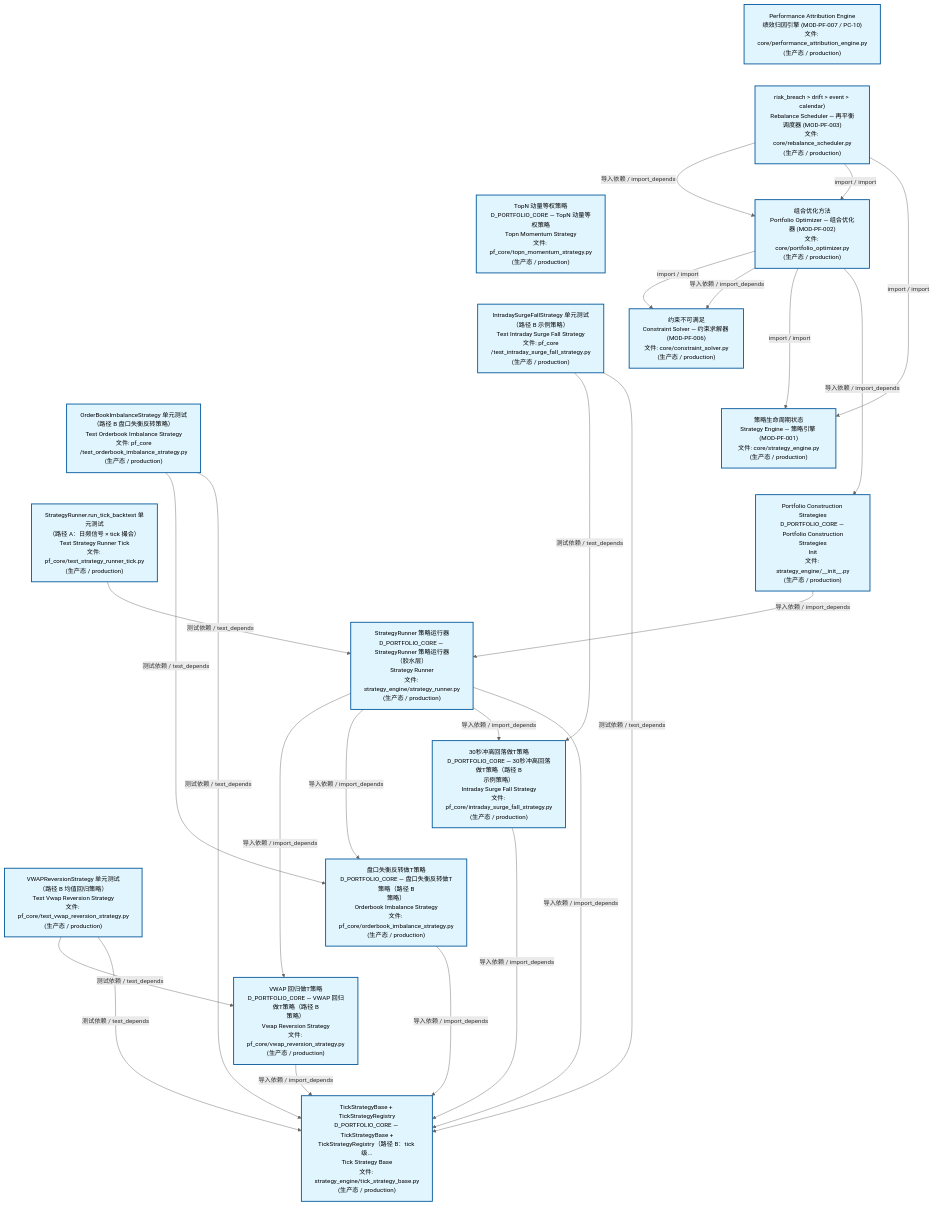
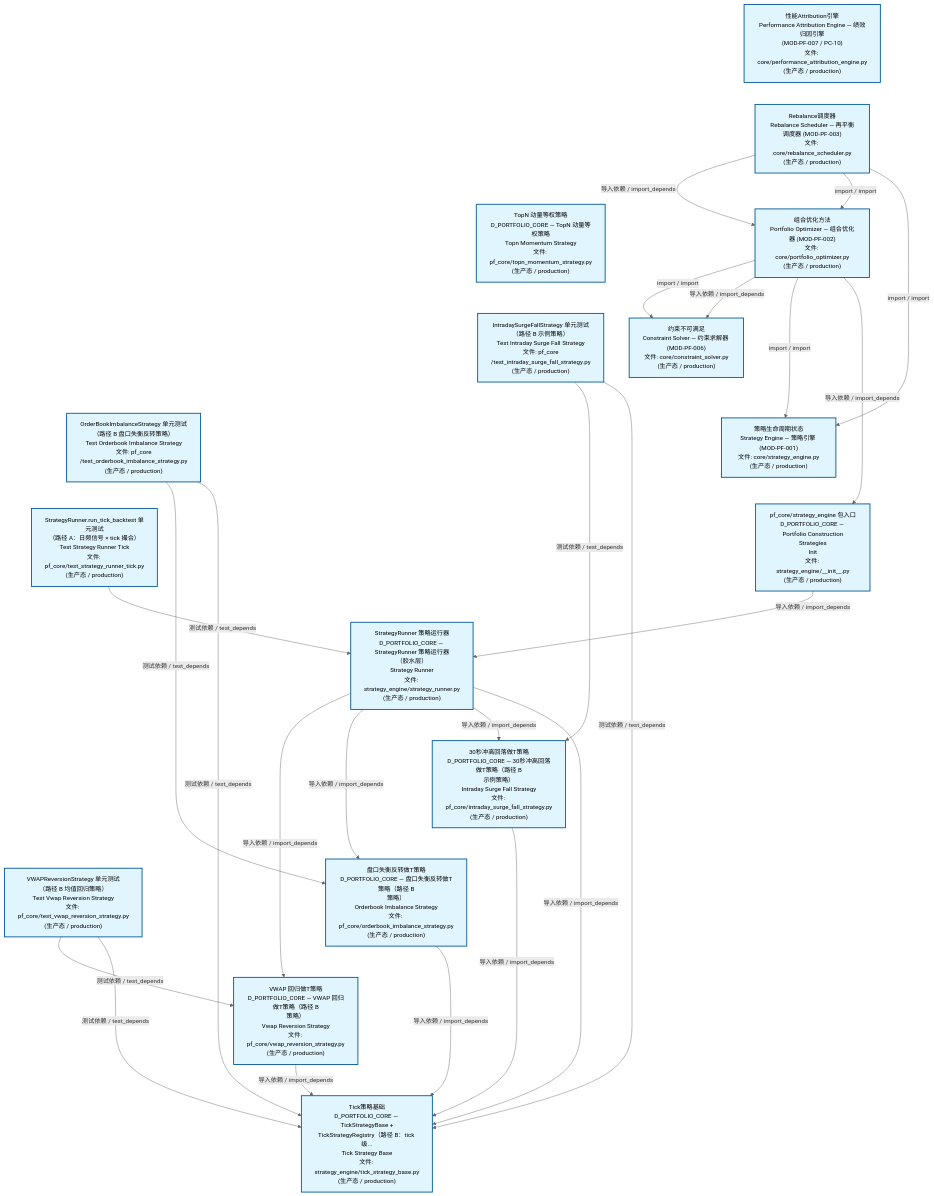
Before and after one commit to xuanFelixVan/ZephyrAlpha: the second of 3 diagrams in docs/02_enterprise_architecture/02_domain_architecture_docs/63_d_pf_core.md, drawn with Mermaid. The commit also changed other lines of this file and 52 other files, not shown here.

````diff
--- a/docs/02_enterprise_architecture/02_domain_architecture_docs/63_d_pf_core.md
+++ b/docs/02_enterprise_architecture/02_domain_architecture_docs/63_d_pf_core.md
@@ -140,57 +140,57 @@
 ```mermaid
 %%{init: {'theme': 'base', 'themeVariables': {'primaryColor': '#eaeaea', 'primaryTextColor': '#333333', 'primaryBorderColor': '#666666', 'lineColor': '#666666', 'secondaryColor': '#eaeaea', 'tertiaryColor': '#eaeaea', 'fontSize': '14px'}}}%%
 flowchart TD
-    src_zephyr_pf_core_core_performance_attribution_engine_py["Performance Attribution Engine<br/>绩效归因引擎 (MOD-PF-007 / PC-10)<br/>文件: core/performance_attribution_engine.py<br/>(生产态 / production)"]
-    src_zephyr_pf_core_core_rebalance_scheduler_py["risk_breach > drift > event > calendar)<br/>Rebalance Scheduler — 再平衡调度器 (MOD-PF-003)<br/>文件: core/rebalance_scheduler.py<br/>(生产态 / production)"]
+    src_zephyr_pf_core_core_performance_attribution_engine_py["性能Attribution引擎<br/>Performance Attribution Engine — 绩效归因引擎<br/>(MOD-PF-007 / PC-10)<br/>文件: core/performance_attribution_engine.py<br/>(生产态 / production)"]
+    src_zephyr_pf_core_core_rebalance_scheduler_py["Rebalance调度器<br/>Rebalance Scheduler — 再平衡调度器 (MOD-PF-003)<br/>文件: core/rebalance_scheduler.py<br/>(生产态 / production)"]
     src_zephyr_pf_core_topn_momentum_strategy_py["TopN 动量等权策略<br/>D_PORTFOLIO_CORE — TopN 动量等权策略<br/>Topn Momentum Strategy<br/>文件: pf_core/topn_momentum_strategy.py<br/>(生产态 / production)"]
     tests_pf_core_test_intraday_surge_fall_strategy_py["IntradaySurgeFallStrategy 单元测试<br/>（路径 B 示例策略）<br/>Test Intraday Surge Fall Strategy<br/>文件: pf_core<br/>/test_intraday_surge_fall_strategy.py<br/>(生产态 / production)"]
     tests_pf_core_test_orderbook_imbalance_strategy_py["OrderBookImbalanceStrategy 单元测试<br/>（路径 B 盘口失衡反转策略）<br/>Test Orderbook Imbalance Strategy<br/>文件: pf_core<br/>/test_orderbook_imbalance_strategy.py<br/>(生产态 / production)"]
     tests_pf_core_test_strategy_runner_tick_py["StrategyRunner.run_tick_backtest 单元测试<br/>（路径 A：日频信号 × tick 撮合）<br/>Test Strategy Runner Tick<br/>文件: pf_core/test_strategy_runner_tick.py<br/>(生产态 / production)"]
     tests_pf_core_test_vwap_reversion_strategy_py["VWAPReversionStrategy 单元测试<br/>（路径 B 均值回归策略）<br/>Test Vwap Reversion Strategy<br/>文件: pf_core/test_vwap_reversion_strategy.py<br/>(生产态 / production)"]
     src_zephyr_pf_core_core_performance_attribution_engine_py ~~~ src_zephyr_pf_core_core_rebalance_scheduler_py
     src_zephyr_pf_core_core_rebalance_scheduler_py ~~~ src_zephyr_pf_core_topn_momentum_strategy_py
     src_zephyr_pf_core_topn_momentum_strategy_py ~~~ tests_pf_core_test_intraday_surge_fall_strategy_py
     tests_pf_core_test_intraday_surge_fall_strategy_py ~~~ tests_pf_core_test_orderbook_imbalance_strategy_py
     tests_pf_core_test_orderbook_imbalance_strategy_py ~~~ tests_pf_core_test_strategy_runner_tick_py
     tests_pf_core_test_strategy_runner_tick_py ~~~ tests_pf_core_test_vwap_reversion_strategy_py
     src_zephyr_pf_core_core_portfolio_optimizer_py["组合优化方法<br/>Portfolio Optimizer — 组合优化器 (MOD-PF-002)<br/>文件: core/portfolio_optimizer.py<br/>(生产态 / production)"]
     src_zephyr_pf_core_core_constraint_solver_py["约束不可满足<br/>Constraint Solver — 约束求解器 (MOD-PF-006)<br/>文件: core/constraint_solver.py<br/>(生产态 / production)"]
     src_zephyr_pf_core_core_strategy_engine_py["策略生命周期状态<br/>Strategy Engine — 策略引擎 (MOD-PF-001)<br/>文件: core/strategy_engine.py<br/>(生产态 / production)"]
-    src_zephyr_pf_core_strategy_engine_init_py["Portfolio Construction Strategies<br/>D_PORTFOLIO_CORE — Portfolio Construction<br/>Strategies<br/>Init<br/>文件: strategy_engine/__init__.py<br/>(生产态 / production)"]
+    src_zephyr_pf_core_strategy_engine_init_py["pf_core/strategy_engine 包入口<br/>D_PORTFOLIO_CORE — Portfolio Construction<br/>Strategies<br/>Init<br/>文件: strategy_engine/__init__.py<br/>(生产态 / production)"]
     src_zephyr_pf_core_core_constraint_solver_py ~~~ src_zephyr_pf_core_core_strategy_engine_py
     src_zephyr_pf_core_core_strategy_engine_py ~~~ src_zephyr_pf_core_strategy_engine_init_py
     src_zephyr_pf_core_strategy_engine_strategy_runner_py["StrategyRunner 策略运行器<br/>D_PORTFOLIO_CORE — StrategyRunner 策略运行器<br/>（胶水层）<br/>Strategy Runner<br/>文件: strategy_engine/strategy_runner.py<br/>(生产态 / production)"]
     src_zephyr_pf_core_intraday_surge_fall_strategy_py["30秒冲高回落做T策略<br/>D_PORTFOLIO_CORE — 30秒冲高回落做T策略（路径 B<br/>示例策略）<br/>Intraday Surge Fall Strategy<br/>文件: pf_core/intraday_surge_fall_strategy.py<br/>(生产态 / production)"]
     src_zephyr_pf_core_orderbook_imbalance_strategy_py["盘口失衡反转做T策略<br/>D_PORTFOLIO_CORE — 盘口失衡反转做T策略（路径 B<br/>策略）<br/>Orderbook Imbalance Strategy<br/>文件: pf_core/orderbook_imbalance_strategy.py<br/>(生产态 / production)"]
     src_zephyr_pf_core_vwap_reversion_strategy_py["VWAP 回归做T策略<br/>D_PORTFOLIO_CORE — VWAP 回归做T策略（路径 B<br/>策略）<br/>Vwap Reversion Strategy<br/>文件: pf_core/vwap_reversion_strategy.py<br/>(生产态 / production)"]
     src_zephyr_pf_core_intraday_surge_fall_strategy_py ~~~ src_zephyr_pf_core_orderbook_imbalance_strategy_py
     src_zephyr_pf_core_orderbook_imbalance_strategy_py ~~~ src_zephyr_pf_core_vwap_reversion_strategy_py
-    src_zephyr_pf_core_strategy_engine_tick_strategy_base_py["TickStrategyBase + TickStrategyRegistry<br/>D_PORTFOLIO_CORE — TickStrategyBase +<br/>TickStrategyRegistry（路径 B：tick 级...<br/>Tick Strategy Base<br/>文件: strategy_engine/tick_strategy_base.py<br/>(生产态 / production)"]
+    src_zephyr_pf_core_strategy_engine_tick_strategy_base_py["Tick策略基础<br/>D_PORTFOLIO_CORE — TickStrategyBase +<br/>TickStrategyRegistry（路径 B：tick 级...<br/>Tick Strategy Base<br/>文件: strategy_engine/tick_strategy_base.py<br/>(生产态 / production)"]
     src_zephyr_pf_core_vwap_reversion_strategy_py -->|导入依赖 / import_depends| src_zephyr_pf_core_strategy_engine_tick_strategy_base_py
     src_zephyr_pf_core_orderbook_imbalance_strategy_py -->|导入依赖 / import_depends| src_zephyr_pf_core_strategy_engine_tick_strategy_base_py
     src_zephyr_pf_core_intraday_surge_fall_strategy_py -->|导入依赖 / import_depends| src_zephyr_pf_core_strategy_engine_tick_strategy_base_py
     src_zephyr_pf_core_core_portfolio_optimizer_py -->|import / import| src_zephyr_pf_core_core_constraint_solver_py
     src_zephyr_pf_core_core_portfolio_optimizer_py -->|导入依赖 / import_depends| src_zephyr_pf_core_core_constraint_solver_py
     src_zephyr_pf_core_core_portfolio_optimizer_py -->|import / import| src_zephyr_pf_core_core_strategy_engine_py
     src_zephyr_pf_core_core_portfolio_optimizer_py -->|导入依赖 / import_depends| src_zephyr_pf_core_strategy_engine_init_py
     src_zephyr_pf_core_core_rebalance_scheduler_py -->|导入依赖 / import_depends| src_zephyr_pf_core_core_portfolio_optimizer_py
     src_zephyr_pf_core_core_rebalance_scheduler_py -->|import / import| src_zephyr_pf_core_core_portfolio_optimizer_py
     src_zephyr_pf_core_core_rebalance_scheduler_py -->|import / import| src_zephyr_pf_core_core_strategy_engine_py
     src_zephyr_pf_core_strategy_engine_strategy_runner_py -->|导入依赖 / import_depends| src_zephyr_pf_core_vwap_reversion_strategy_py
     src_zephyr_pf_core_strategy_engine_strategy_runner_py -->|导入依赖 / import_depends| src_zephyr_pf_core_orderbook_imbalance_strategy_py
     src_zephyr_pf_core_strategy_engine_strategy_runner_py -->|导入依赖 / import_depends| src_zephyr_pf_core_intraday_surge_fall_strategy_py
     src_zephyr_pf_core_strategy_engine_strategy_runner_py -->|导入依赖 / import_depends| src_zephyr_pf_core_strategy_engine_tick_strategy_base_py
     src_zephyr_pf_core_strategy_engine_init_py -->|导入依赖 / import_depends| src_zephyr_pf_core_strategy_engine_strategy_runner_py
     tests_pf_core_test_intraday_surge_fall_strategy_py -->|测试依赖 / test_depends| src_zephyr_pf_core_intraday_surge_fall_strategy_py
     tests_pf_core_test_intraday_surge_fall_strategy_py -->|测试依赖 / test_depends| src_zephyr_pf_core_strategy_engine_tick_strategy_base_py
     tests_pf_core_test_orderbook_imbalance_strategy_py -->|测试依赖 / test_depends| src_zephyr_pf_core_orderbook_imbalance_strategy_py
     tests_pf_core_test_orderbook_imbalance_strategy_py -->|测试依赖 / test_depends| src_zephyr_pf_core_strategy_engine_tick_strategy_base_py
     tests_pf_core_test_vwap_reversion_strategy_py -->|测试依赖 / test_depends| src_zephyr_pf_core_vwap_reversion_strategy_py
     tests_pf_core_test_vwap_reversion_strategy_py -->|测试依赖 / test_depends| src_zephyr_pf_core_strategy_engine_tick_strategy_base_py
     tests_pf_core_test_strategy_runner_tick_py -->|测试依赖 / test_depends| src_zephyr_pf_core_strategy_engine_strategy_runner_py
     classDef production fill:#e1f5fe,stroke:#01579b,stroke-width:2px,color:#000
     classDef design fill:#fff3e0,stroke:#e65100,stroke-width:2px,color:#000,stroke-dasharray: 5 5
     classDef external_prod fill:#e8f4fd,stroke:#0277bd,stroke-width:1px,color:#000
     classDef external_design fill:#fff8e7,stroke:#ef6c00,stroke-width:1px,color:#000,stroke-dasharray: 5 5
     class src_zephyr_pf_core_core_constraint_solver_py,src_zephyr_pf_core_core_performance_attribution_engine_py,src_zephyr_pf_core_core_portfolio_optimizer_py,src_zephyr_pf_core_core_rebalance_scheduler_py,src_zephyr_pf_core_core_strategy_engine_py,src_zephyr_pf_core_intraday_surge_fall_strategy_py,src_zephyr_pf_core_orderbook_imbalance_strategy_py,src_zephyr_pf_core_strategy_engine_init_py,src_zephyr_pf_core_strategy_engine_strategy_runner_py,src_zephyr_pf_core_strategy_engine_tick_strategy_base_py,src_zephyr_pf_core_topn_momentum_strategy_py,src_zephyr_pf_core_vwap_reversion_strategy_py,tests_pf_core_test_intraday_surge_fall_strategy_py,tests_pf_core_test_orderbook_imbalance_strategy_py,tests_pf_core_test_strategy_runner_tick_py,tests_pf_core_test_vwap_reversion_strategy_py production
 ```
````
